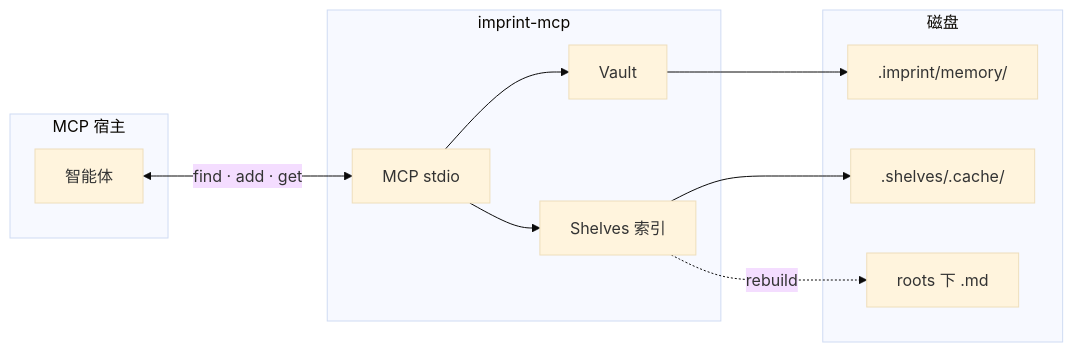
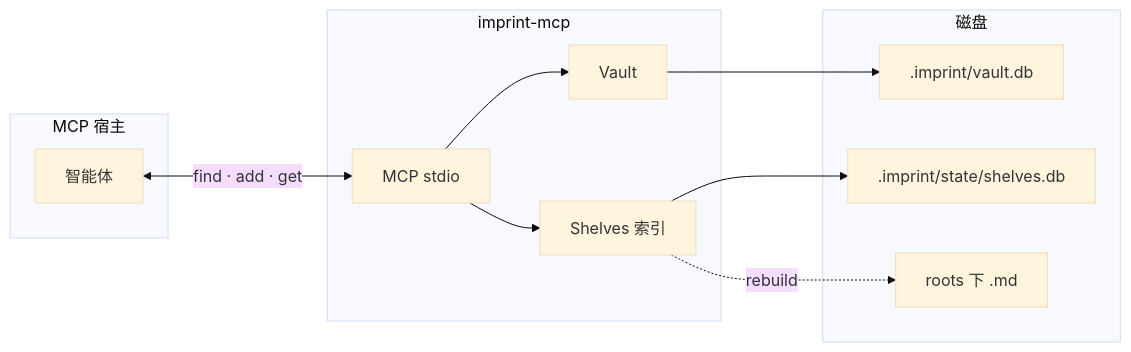
Before and after one commit to SteamedBread2333/imprint: the diagram in docs/mcp.zh.md, drawn with Mermaid (base theme). The commit also changed other lines of this file and 41 other files, not shown here.

````diff
--- a/docs/mcp.zh.md
+++ b/docs/mcp.zh.md
@@ -51,22 +51,22 @@
 ```mermaid
 flowchart LR
   subgraph host [MCP 宿主]
     Agent[智能体]
   end
   subgraph proc [imprint-mcp]
     MCP[MCP stdio]
     Vault[Vault]
     Shelves[Shelves 索引]
     MCP --> Vault
     MCP --> Shelves
   end
   subgraph disk [磁盘]
-    Memory[".imprint/memory/"]
-    Cache[".shelves/.cache/"]
+    Memory[".imprint/vault.db"]
+    Cache[".imprint/state/shelves.db"]
     Roots["roots 下 .md"]
   end
   Agent <-->|find · add · get| MCP
   Vault --> Memory
   Shelves --> Cache
   Shelves -.->|rebuild| Roots
 ```
````
